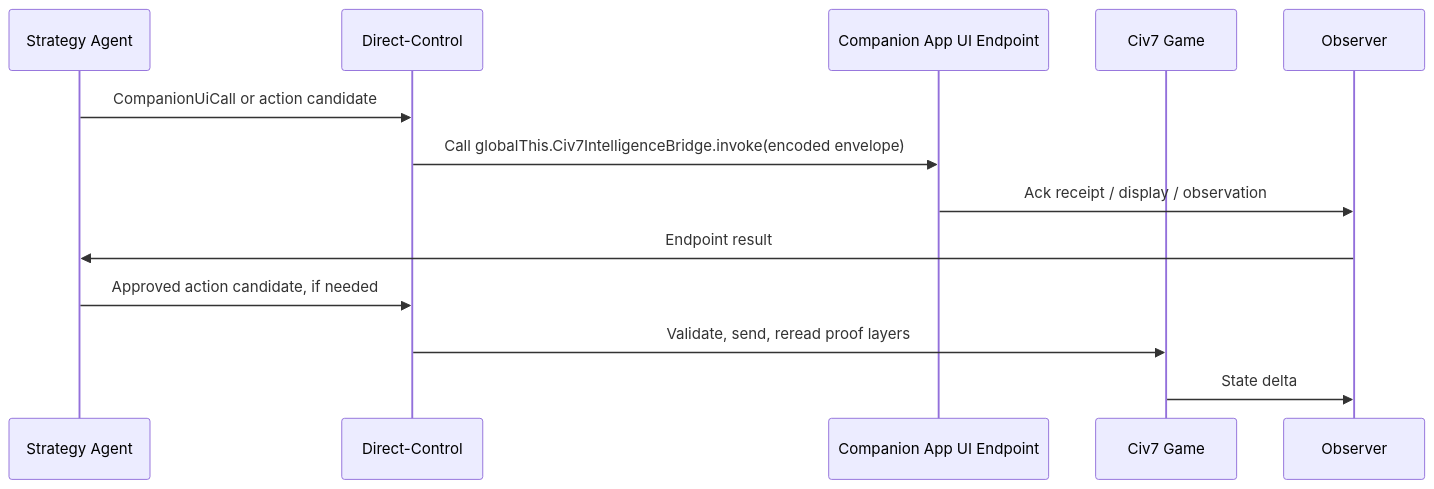
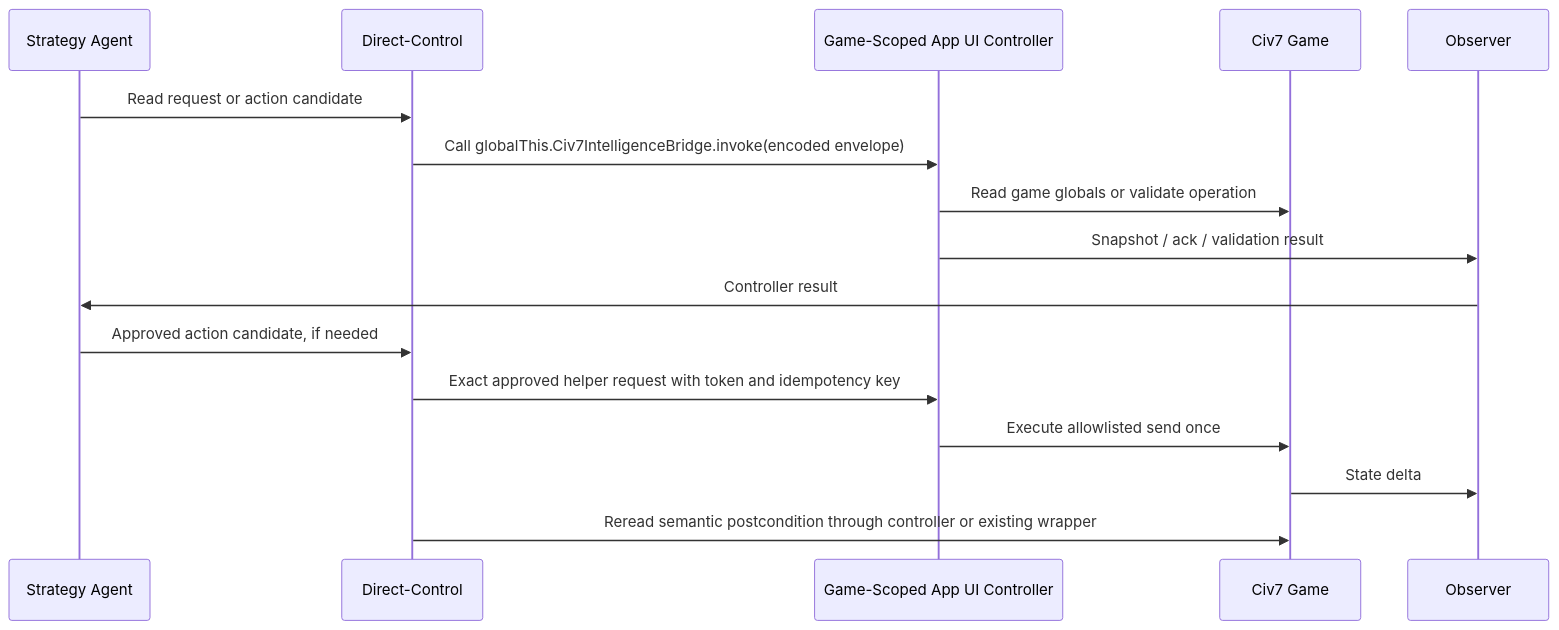
The diagram in docs/projects/civ7-intelligence-layer/runtime-bridge-and-probes.md (mateicanavra/civ7-modding-tools), drawn with Mermaid before and after one commit. The commit also changed other lines of this file and 34 other files, not shown here.

````diff
--- a/docs/projects/civ7-intelligence-layer/runtime-bridge-and-probes.md
+++ b/docs/projects/civ7-intelligence-layer/runtime-bridge-and-probes.md
@@ -110,16 +133,19 @@
 ```mermaid
 sequenceDiagram
   participant A as Strategy Agent
   participant D as Direct-Control
-  participant B as Companion App UI Endpoint
+  participant B as Game-Scoped App UI Controller
   participant G as Civ7 Game
   participant O as Observer
 
-  A->>D: CompanionUiCall or action candidate
+  A->>D: Read request or action candidate
   D->>B: Call globalThis.Civ7IntelligenceBridge.invoke(encoded envelope)
-  B->>O: Ack receipt / display / observation
-  O->>A: Endpoint result
+  B->>G: Read game globals or validate operation
+  B->>O: Snapshot / ack / validation result
+  O->>A: Controller result
   A->>D: Approved action candidate, if needed
-  D->>G: Validate, send, reread proof layers
+  D->>B: Exact approved helper request with token and idempotency key
+  B->>G: Execute allowlisted send once
   G->>O: State delta
+  D->>G: Reread semantic postcondition through controller or existing wrapper
 ```
````
